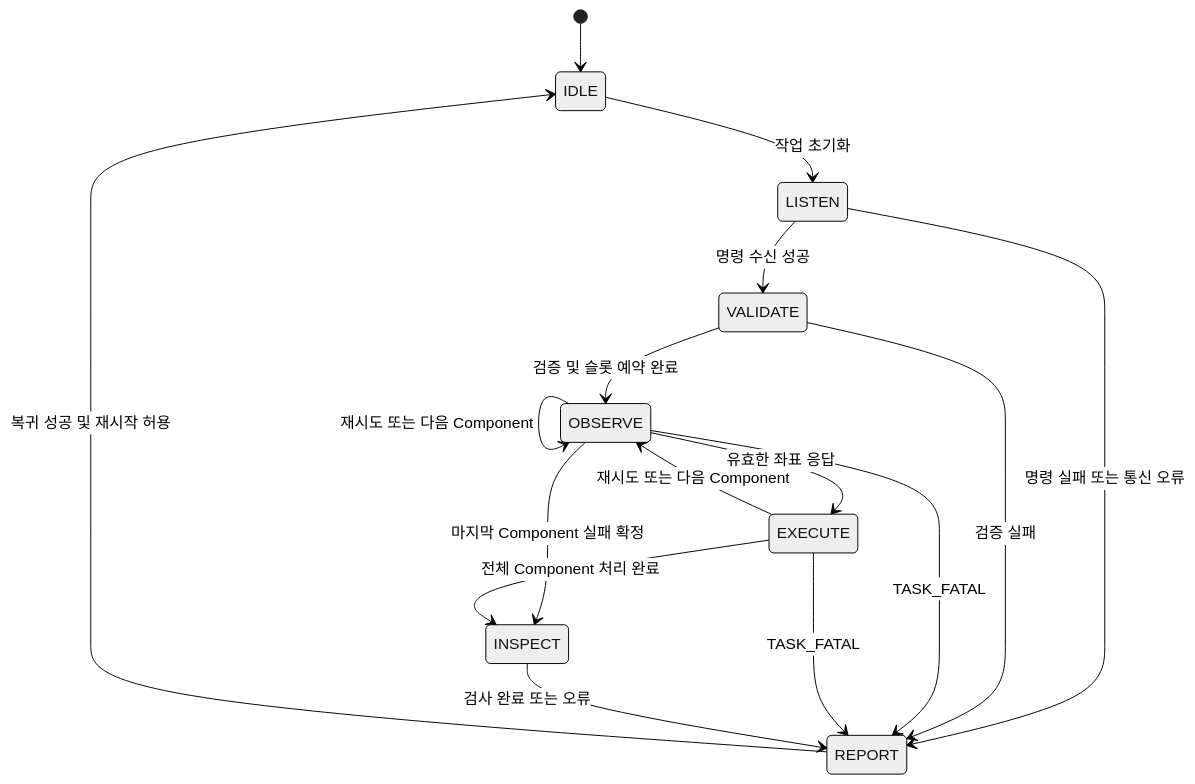
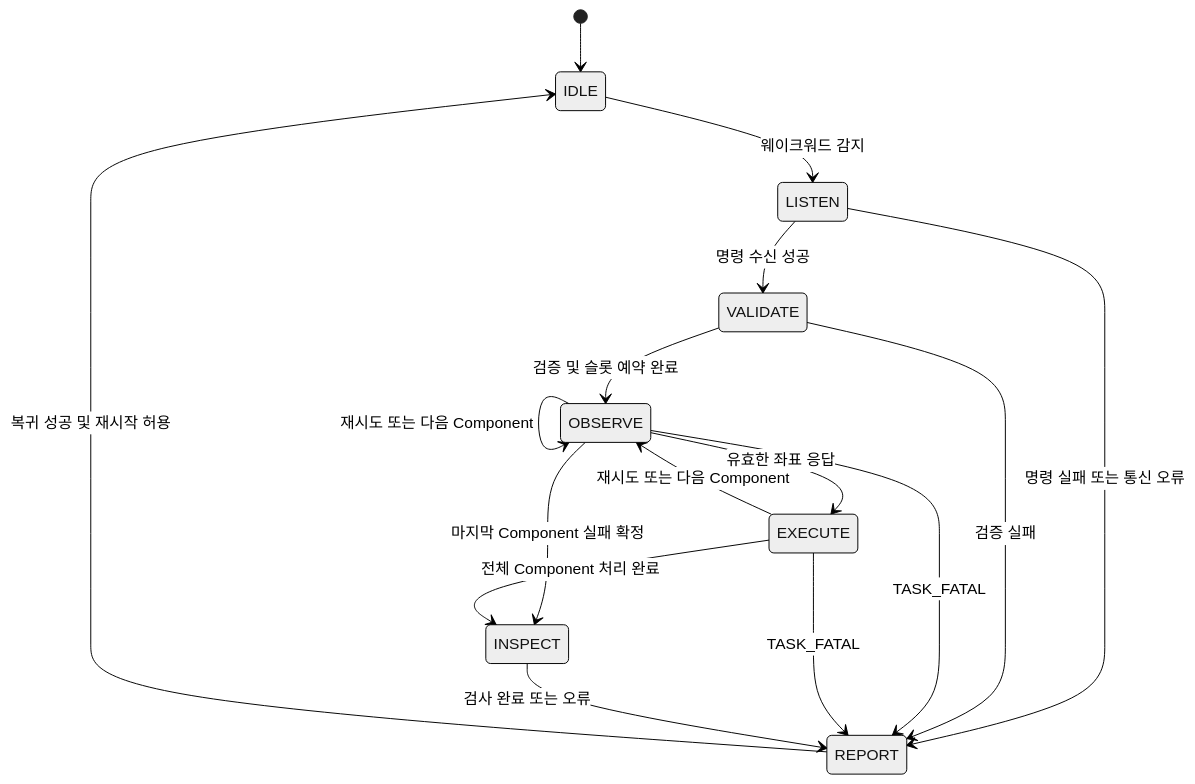
One commit to mi1nn/Project2-ROS2-VLA changed the second of 2 diagrams in docs/03-system-flow.md. Above: the diagram before and after it, drawn with Mermaid (neutral theme). The commit also changed other lines of this file and 5 other files, not shown here.

````diff
--- a/docs/03-system-flow.md
+++ b/docs/03-system-flow.md
@@ -76,18 +76,18 @@
 ```mermaid
 stateDiagram-v2
     [*] --> IDLE
-    IDLE --> LISTEN: 작업 초기화
+    IDLE --> LISTEN: 웨이크워드 감지
     LISTEN --> VALIDATE: 명령 수신 성공
     LISTEN --> REPORT: 명령 실패 또는 통신 오류
     VALIDATE --> OBSERVE: 검증 및 슬롯 예약 완료
     VALIDATE --> REPORT: 검증 실패
     OBSERVE --> EXECUTE: 유효한 좌표 응답
     OBSERVE --> OBSERVE: 재시도 또는 다음 Component
     OBSERVE --> INSPECT: 마지막 Component 실패 확정
     OBSERVE --> REPORT: TASK_FATAL
     EXECUTE --> OBSERVE: 재시도 또는 다음 Component
     EXECUTE --> INSPECT: 전체 Component 처리 완료
     EXECUTE --> REPORT: TASK_FATAL
     INSPECT --> REPORT: 검사 완료 또는 오류
     REPORT --> IDLE: 복귀 성공 및 재시작 허용
 ```
````
